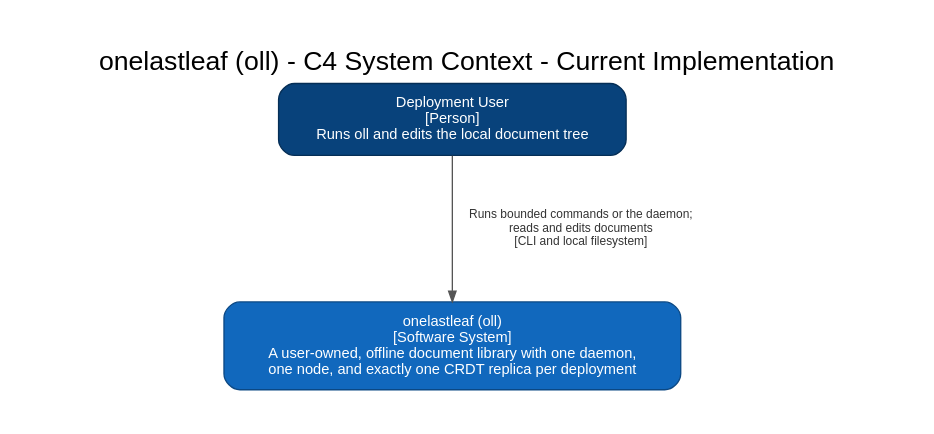
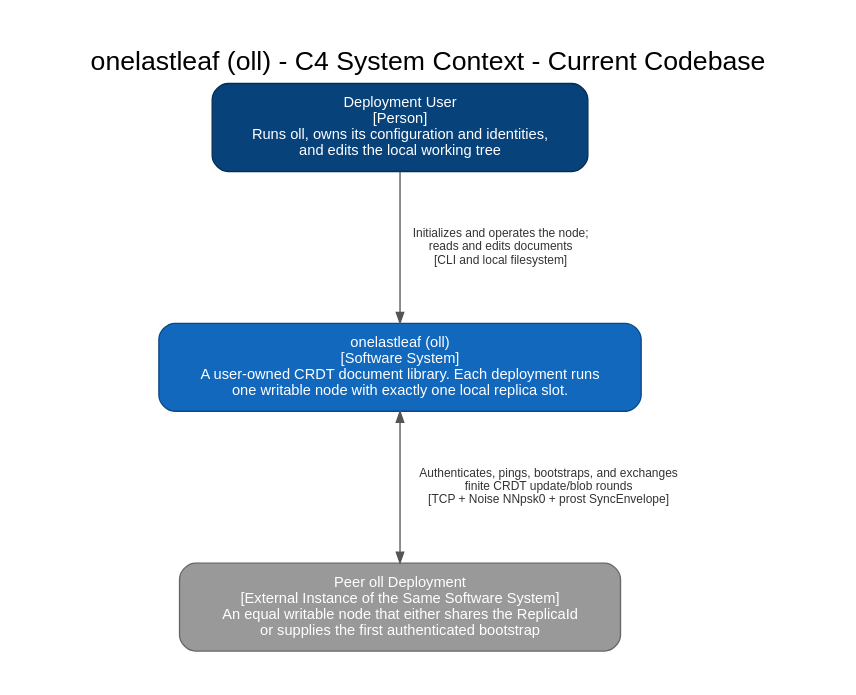
The diagram in docs/c4-architecture/system-context.dot (onelastleaf/onelastleaf), drawn with Graphviz before and after one commit. The commit also changed 5 other files, not shown here.

First line of the commit message:
docs(c4-architecture): align diagrams with current codebase

```diff
--- a/docs/c4-architecture/system-context.dot
+++ b/docs/c4-architecture/system-context.dot
@@ -1,37 +1,49 @@
-// C4 system-context model for the architecture currently implemented in src/.
-// Sync and plugin protobuf contracts and CLI syntax are intentionally absent:
-// they do not yet have runtime components in the current implementation.
+// C4 system-context model derived from the production code in src/.
+// Plugin and job CLI/protobuf declarations are omitted because the current
+// executable has no production handler or runtime component for them.
 
 digraph C4_System_Context {
   graph [
-    label="onelastleaf (oll) - C4 System Context - Current Implementation",
+    label="onelastleaf (oll) - C4 System Context - Current Codebase",
     labelloc=t,
     labeljust=l,
     fontsize=20,
     fontname="Helvetica",
     bgcolor="white",
     pad=0.35,
-    nodesep=0.9,
-    ranksep=1.1
+    nodesep=1.0,
+    ranksep=1.15
   ];
   node [shape=box, style="rounded,filled", fontname="Helvetica", fontsize=11, margin="0.18,0.12"];
   edge [fontname="Helvetica", fontsize=9, color="#555555", fontcolor="#333333", arrowsize=0.8];
 
   deployment_user [
-    label="Deployment User\n[Person]\nRuns oll and edits the local document tree",
+    label="Deployment User\n[Person]\nRuns oll, owns its configuration and identities,\nand edits the local working tree",
     fillcolor="#08427B",
     fontcolor="white",
     color="#052E56"
   ];
 
   oll [
-    label="onelastleaf (oll)\n[Software System]\nA user-owned, offline document library with one daemon,\none node, and exactly one CRDT replica per deployment",
+    label="onelastleaf (oll)\n[Software System]\nA user-owned CRDT document library. Each deployment runs\none writable node with exactly one local replica slot.",
     fillcolor="#1168BD",
     fontcolor="white",
     color="#0B4884"
   ];
 
+  peer_oll [
+    label="Peer oll Deployment\n[External Instance of the Same Software System]\nAn equal writable node that either shares the ReplicaId\nor supplies the first authenticated bootstrap",
+    fillcolor="#999999",
+    fontcolor="white",
+    color="#666666"
+  ];
+
   deployment_user -> oll [
-    label="Runs bounded commands or the daemon;\nreads and edits documents\n[CLI and local filesystem]"
+    label="Initializes and operates the node;\nreads and edits documents\n[CLI and local filesystem]"
+  ];
+
+  oll -> peer_oll [
+    dir=both,
+    label="Authenticates, pings, bootstraps, and exchanges\nfinite CRDT update/blob rounds\n[TCP + Noise NNpsk0 + prost SyncEnvelope]"
   ];
 }
```
